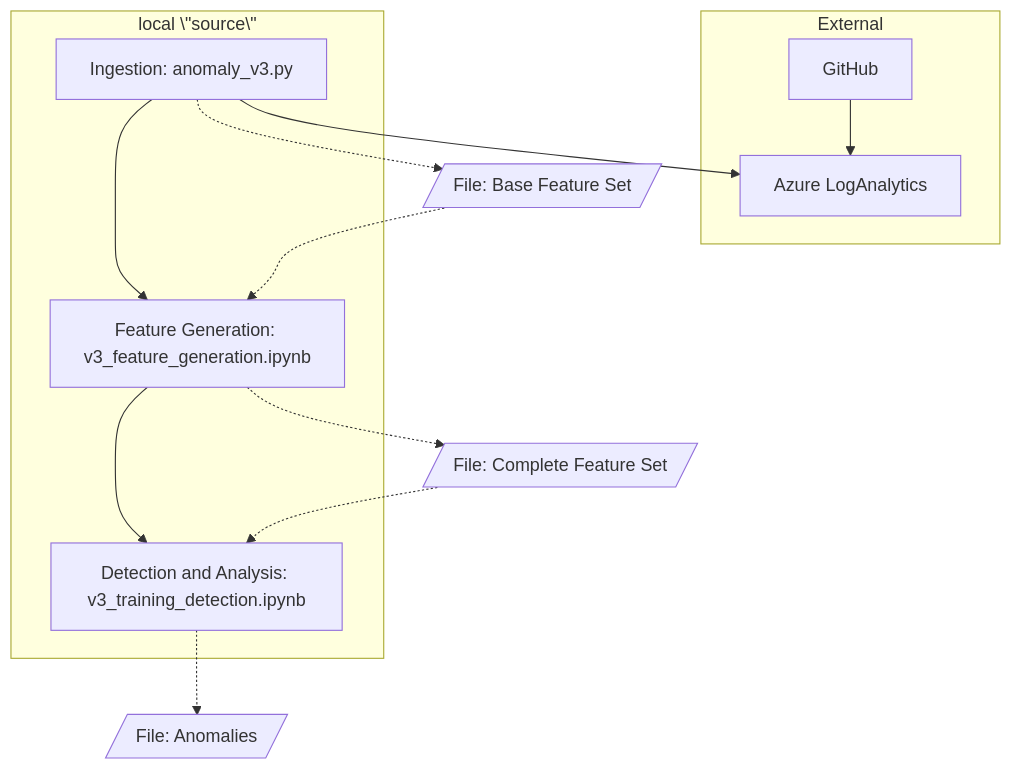
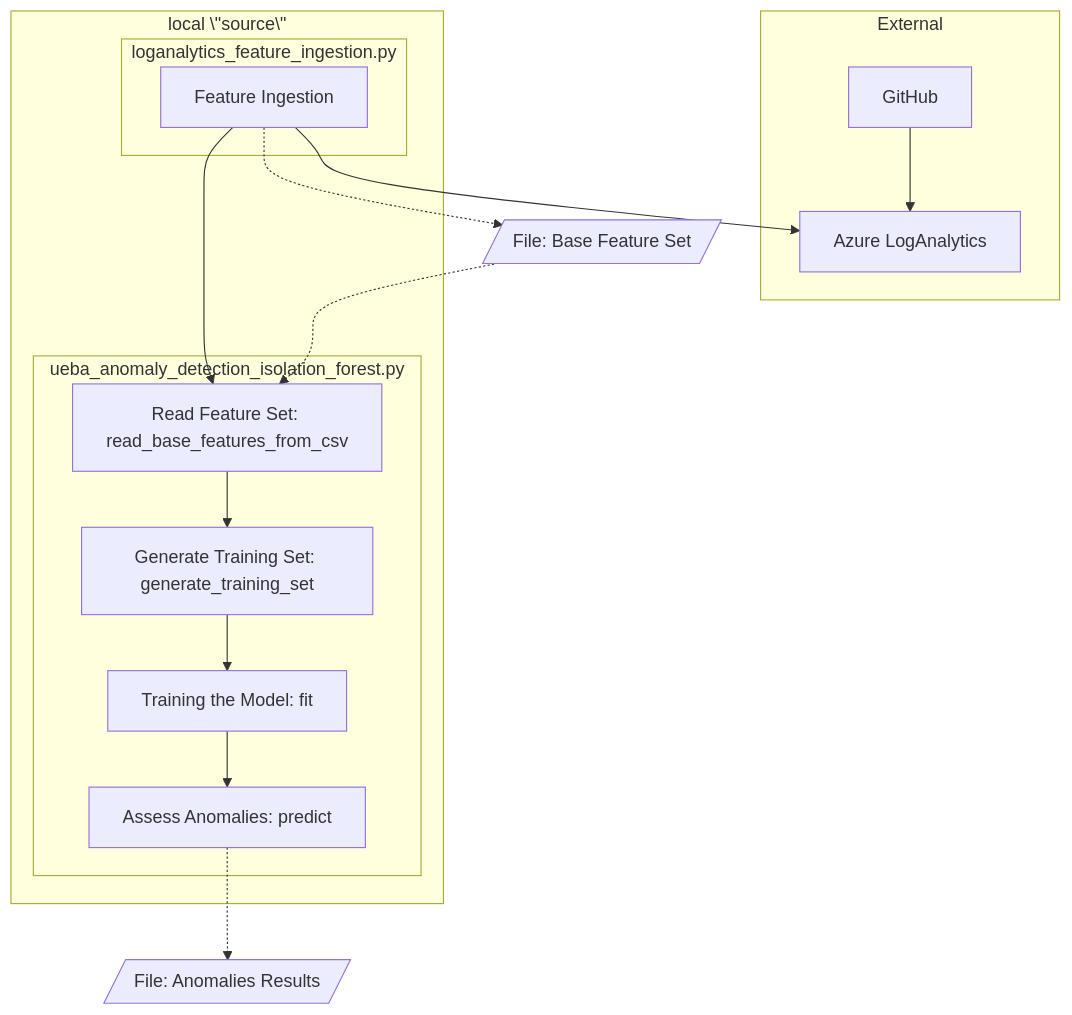
The diagram in README.md (xylamic/devsecops-security-anomaly), drawn with Mermaid before and after one commit. The commit also changed other lines of this file and 14 other files, not shown here.

Commit message:
Replaced notebooks with python module that can be used in analysis or deployment. Also, enhanced the algorithm to better manage testing/training splits, and rolling windows for z-scores.

````diff
--- a/README.md
+++ b/README.md
@@ -9,24 +11,31 @@
 ```mermaid
 flowchart TD
-    C[Ingestion: anomaly_v3.py] --> A[Azure LogAnalytics]
+    C[Feature Ingestion] --> A[Azure LogAnalytics]
     C -.-> B[/File: Base Feature Set/]
-    C --> D[Feature Generation: v3_feature_generation.ipynb]
-    D -.-> F[/File: Complete Feature Set/]
-    D --> E[Detection and Analysis: v3_training_detection.ipynb]
-    E -.-> G[/File: Anomalies/]
+    C --> DR[Read Feature Set: read_base_features_from_csv]
+    DR --> DG[Generate Training Set: generate_training_set]
+    DG --> DT[Training the Model: fit]
+    DT --> DP[Assess Anomalies: predict]
+    DP -.-> F[/File: Anomalies Results/]
     GH[GitHub] --> A
 
-    B -.-> D
-    F -.-> E
+    B -.-> DR
 
     subgraph External
     A
     GH
     end
 
     subgraph local \"source\"
+    subgraph loganalytics_feature_ingestion.py
     C
-    D
-    E
+    end
+    
+    subgraph ueba_anomaly_detection_isolation_forest.py
+    DR
+    DG
+    DT
+    DP
+    end
     end
 ```
````
